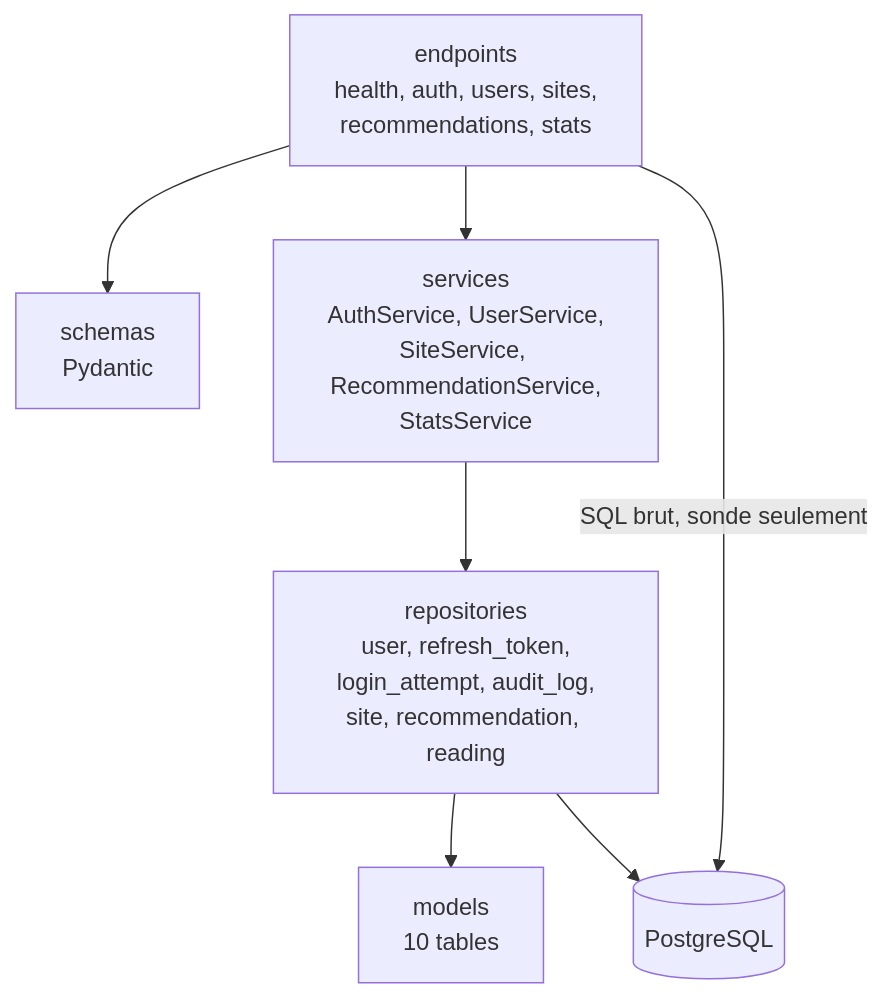
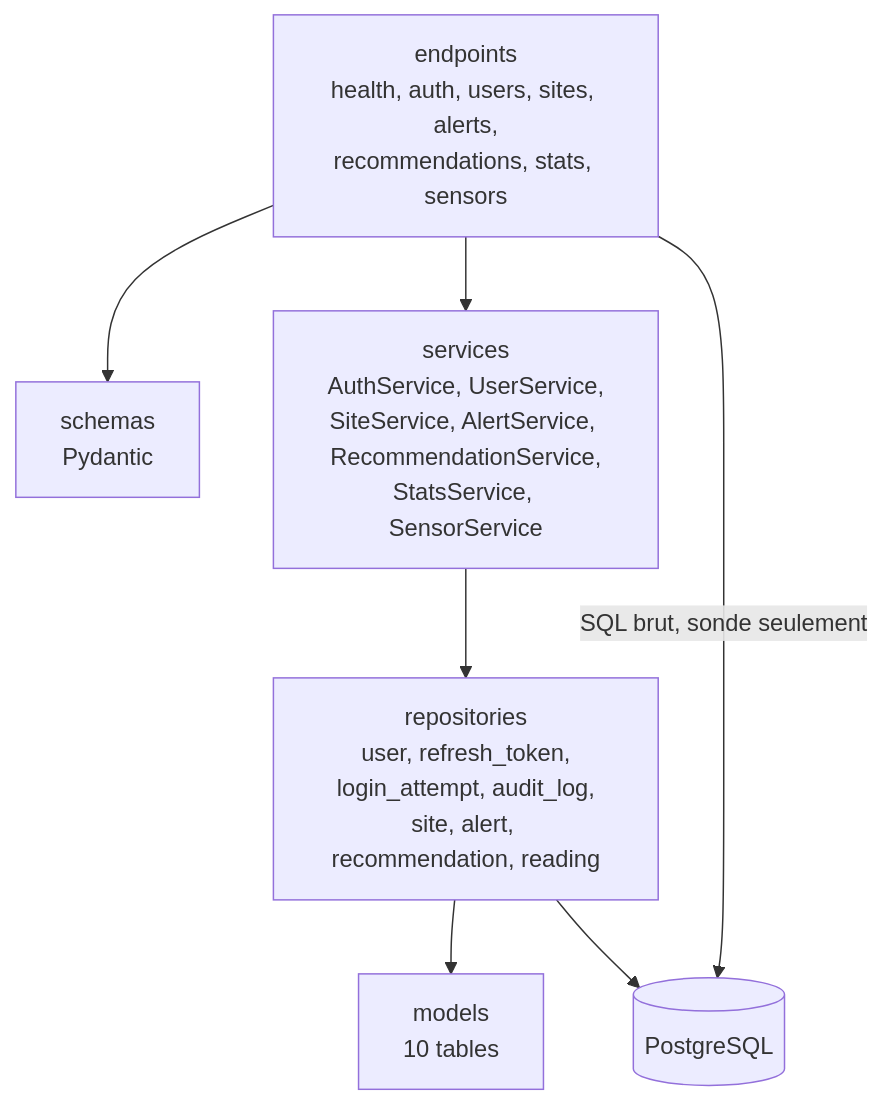
Before and after one commit to ineszang/ProjetPiscine_EnerVision: the first of 3 diagrams in docs/architecture/20-backend.md, drawn with Mermaid. The commit also changed other lines of this file and 10 other files, not shown here.

````diff
--- a/docs/architecture/20-backend.md
+++ b/docs/architecture/20-backend.md
@@ -13,16 +13,16 @@
 ```mermaid
 flowchart TB
-  ep["endpoints<br/>health, auth, users, sites,<br/>recommendations, stats"]
+  ep["endpoints<br/>health, auth, users, sites, alerts,<br/>recommendations, stats, sensors"]
   sc["schemas<br/>Pydantic"]
-  sv["services<br/>AuthService, UserService,<br/>SiteService, RecommendationService,<br/>StatsService"]
-  rp["repositories<br/>user, refresh_token,<br/>login_attempt, audit_log,<br/>site, recommendation, reading"]
+  sv["services<br/>AuthService, UserService,<br/>SiteService, AlertService, RecommendationService,<br/>StatsService, SensorService"]
+  rp["repositories<br/>user, refresh_token,<br/>login_attempt, audit_log,<br/>site, alert, recommendation, reading"]
   md["models<br/>10 tables"]
   db[("PostgreSQL")]
 
   ep --> sc
   ep --> sv
   sv --> rp
   rp --> md
   ep -->|"SQL brut, sonde seulement"| db
   rp --> db
 ```
````
